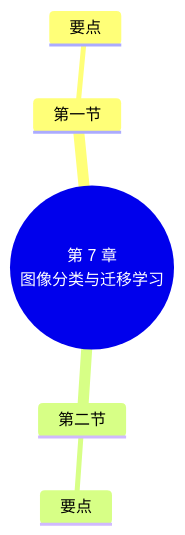
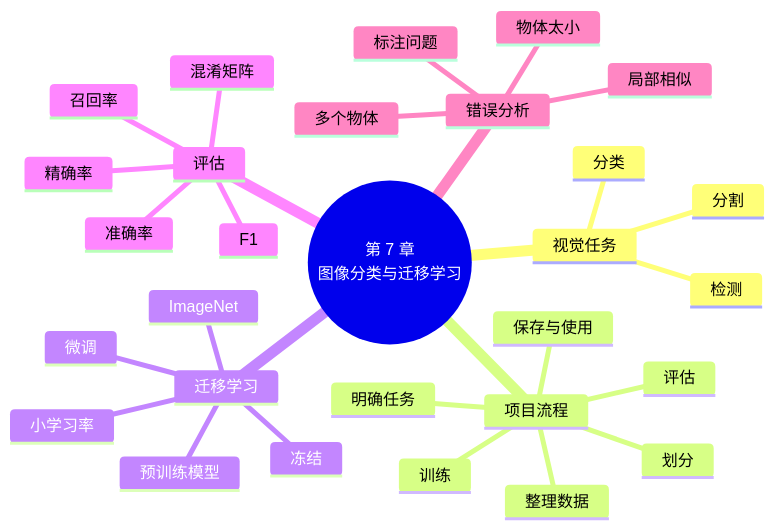
Before and after one commit to MingziFu9/dl-textbook: the diagram in docs/chapters/07-image-transfer/index.md, drawn with Mermaid. The commit also changed other lines of this file and 9 other files, not shown here.

Commit message:
第 7 章：图像分类实战与迁移学习，实验 7-1～7-3；预训练 ResNet18 权重改用 timm（安全读取）

````diff
--- a/docs/chapters/07-image-transfer/index.md
+++ b/docs/chapters/07-image-transfer/index.md
@@ -188,8 +572,32 @@
 ```mermaid
 mindmap
   root((第 7 章<br/>图像分类与迁移学习))
-    第一节
-      要点
-    第二节
-      要点
+    视觉任务
+      分类
+      检测
+      分割
+    项目流程
+      明确任务
+      整理数据
+      划分
+      训练
+      评估
+      保存与使用
+    迁移学习
+      预训练模型
+      ImageNet
+      冻结
+      微调
+      小学习率
+    评估
+      混淆矩阵
+      准确率
+      精确率
+      召回率
+      F1
+    错误分析
+      多个物体
+      物体太小
+      局部相似
+      标注问题
 ```
````
